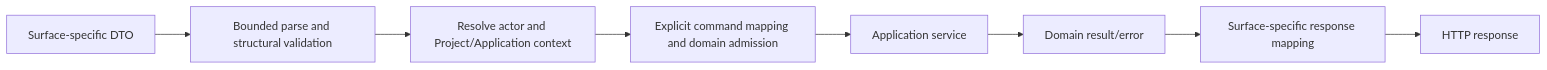
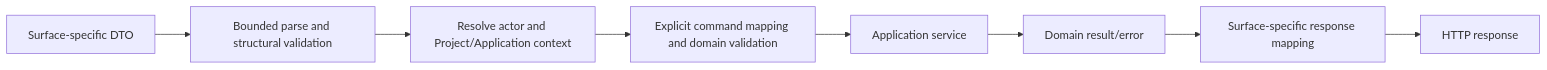
The second of 2 diagrams in spec/05-http-contract-and-surface-boundaries.md (owlfoundry/owlauth), drawn with Mermaid before and after one commit. The commit also changed other lines of this file and 155 other files, not shown here.

````diff
--- a/spec/05-http-contract-and-surface-boundaries.md
+++ b/spec/05-http-contract-and-surface-boundaries.md
@@ -349,10 +351,10 @@
 ```mermaid
 flowchart LR
     Wire[Surface-specific DTO] --> Parse[Bounded parse and structural validation]
     Parse --> Context[Resolve actor and Project/Application context]
-    Context --> Map[Explicit command mapping and domain admission]
+    Context --> Map[Explicit command mapping and domain validation]
     Map --> App[Application service]
     App --> Result[Domain result/error]
     Result --> Shape[Surface-specific response mapping]
     Shape --> WireOut[HTTP response]
 ```
````
